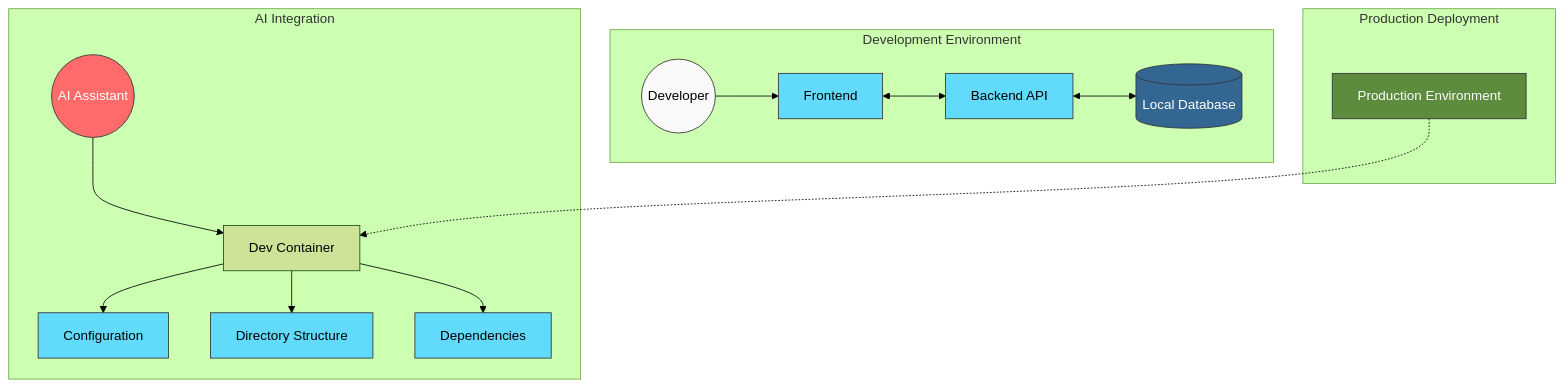
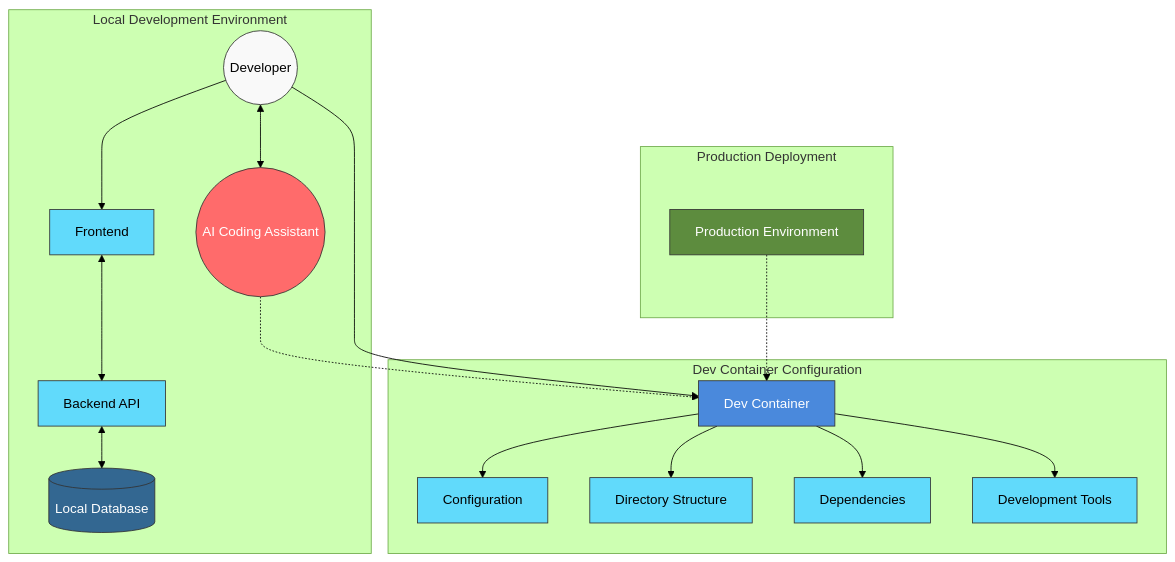
Before and after one commit to mattsilv/ai-ready-dev-containers: the diagram in README.md, drawn with Mermaid (forest theme). The commit also changed other lines of this file, not shown here.

Commit message:
Update mermaid diagram to clarify focus on local development with AI assistance

````diff
--- a/README.md
+++ b/README.md
@@ -22,31 +22,37 @@
 ```mermaid
 graph TD
-    subgraph "Development Environment"
+    subgraph "Local Development Environment"
         DevUser((Developer)) --> DevFE[Frontend]
         DevFE <--> DevBE[Backend API]
         DevBE <--> DevDB[(Local Database)]
+        DevUser <--> AIAssistant((AI Coding Assistant))
     end
 
-    subgraph "AI Integration"
-        AIAssistant((AI Assistant)) --> DevEnv[Dev Container]
-        DevEnv --> Config[Configuration]
-        DevEnv --> Dir[Directory Structure]
-        DevEnv --> Deps[Dependencies]
+    subgraph "Dev Container Configuration"
+        DevContainer[Dev Container] --> Config[Configuration]
+        DevContainer --> Dir[Directory Structure]
+        DevContainer --> Deps[Dependencies]
+        DevContainer --> Tools[Development Tools]
     end
 
+    AIAssistant -.-> DevContainer
+    DevUser --> DevContainer
+
     subgraph "Production Deployment"
-        ProdEnv[Production Environment] -.-> DevEnv
+        ProdEnv[Production Environment] -.-> DevContainer
     end
 
     classDef users fill:#f9f9f9,stroke:#333,stroke-width:1px;
     classDef components fill:#61DAFB,stroke:#333,stroke-width:1px,color:black;
     classDef database fill:#336791,stroke:#333,stroke-width:1px,color:white;
     classDef ai fill:#FF6B6B,stroke:#333,stroke-width:1px,color:white;
     classDef prod fill:#5D8C3E,stroke:#333,stroke-width:1px,color:white;
+    classDef container fill:#4A89DC,stroke:#333,stroke-width:1px,color:white;
 
-    class DevUser,AIAssistant users;
-    class DevFE,DevBE,Config,Dir,Deps components;
+    class DevUser users;
+    class DevFE,DevBE,Config,Dir,Deps,Tools components;
     class DevDB database;
     class AIAssistant ai;
     class ProdEnv prod;
+    class DevContainer container;
 ```
````
